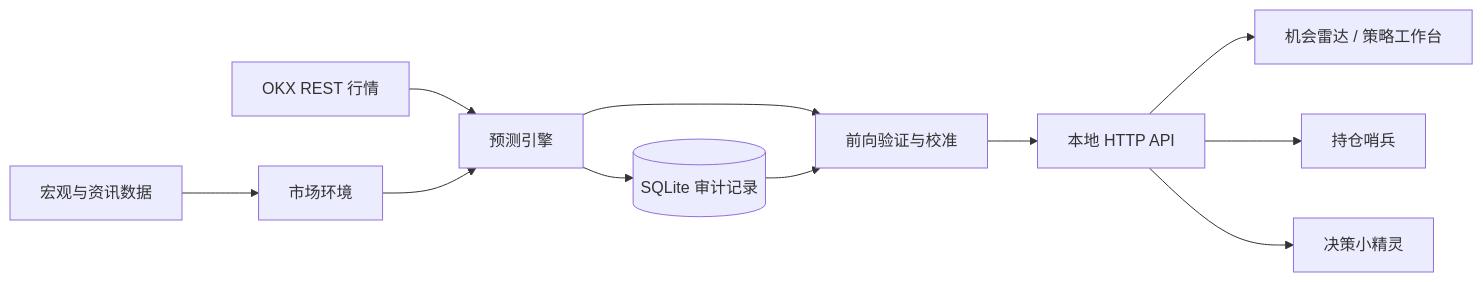
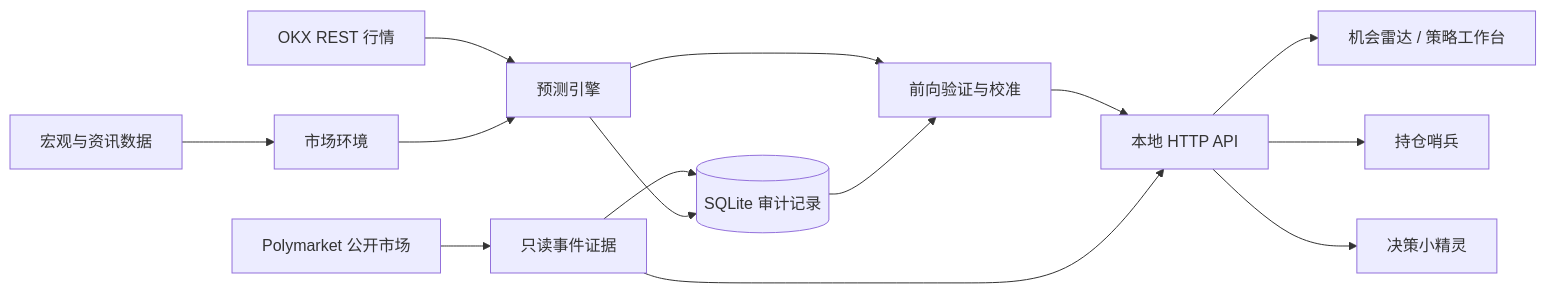
Before and after one commit to xietingwei/okx-semi-auto-quant: the diagram in README.zh-CN.md, drawn with Mermaid. The commit also changed other lines of this file and 18 other files, not shown here.

````diff
--- a/README.zh-CN.md
+++ b/README.zh-CN.md
@@ -112,13 +115,16 @@
 ```mermaid
 flowchart LR
     OKX["OKX REST 行情"] --> Engine["预测引擎"]
     Macro["宏观与资讯数据"] --> Factors["市场环境"]
     Factors --> Engine
     Engine --> Cal["前向验证与校准"]
     Cal --> API["本地 HTTP API"]
+    PM["Polymarket 公开市场"] --> Evidence["只读事件证据"]
+    Evidence --> API
+    Evidence --> DB
     API --> UI["机会雷达 / 策略工作台"]
     API --> Sentinel["持仓哨兵"]
     API --> Copilot["决策小精灵"]
     Engine --> DB[("SQLite 审计记录")]
     DB --> Cal
 ```
````
